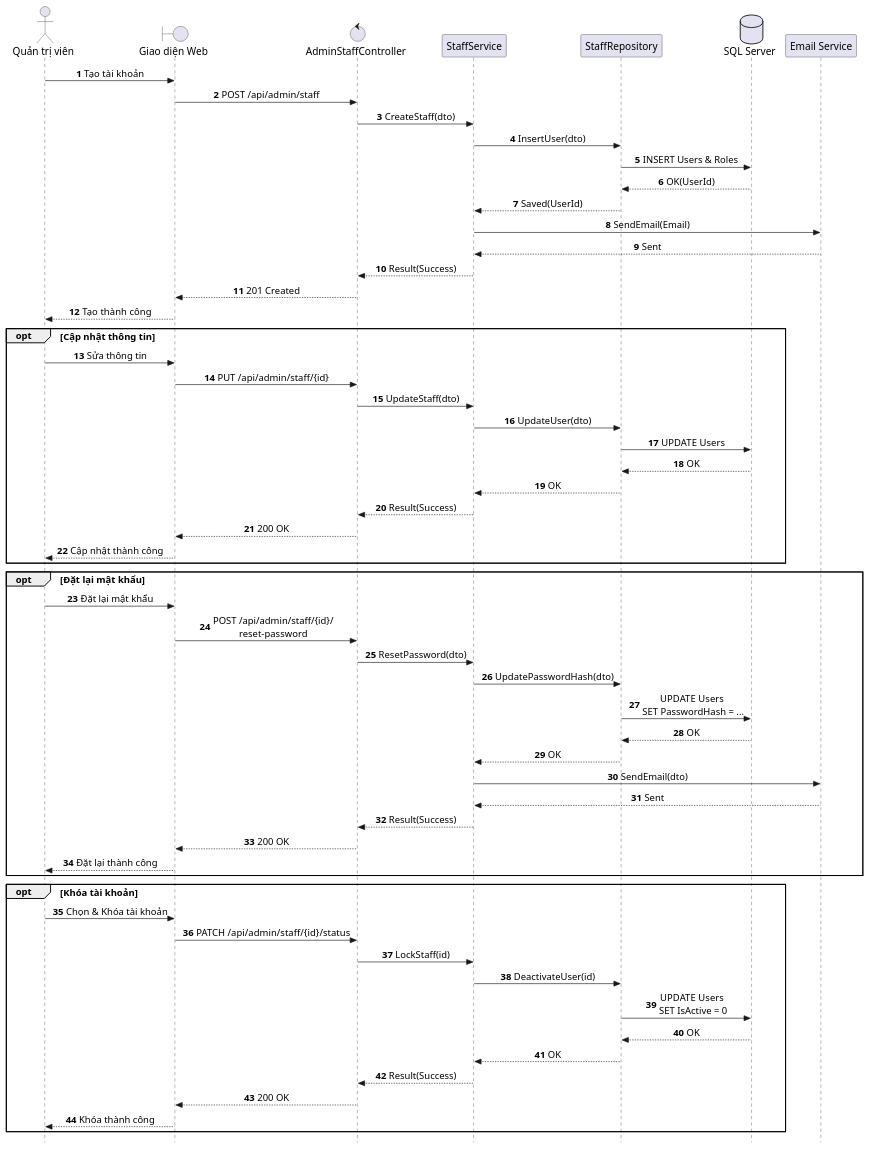
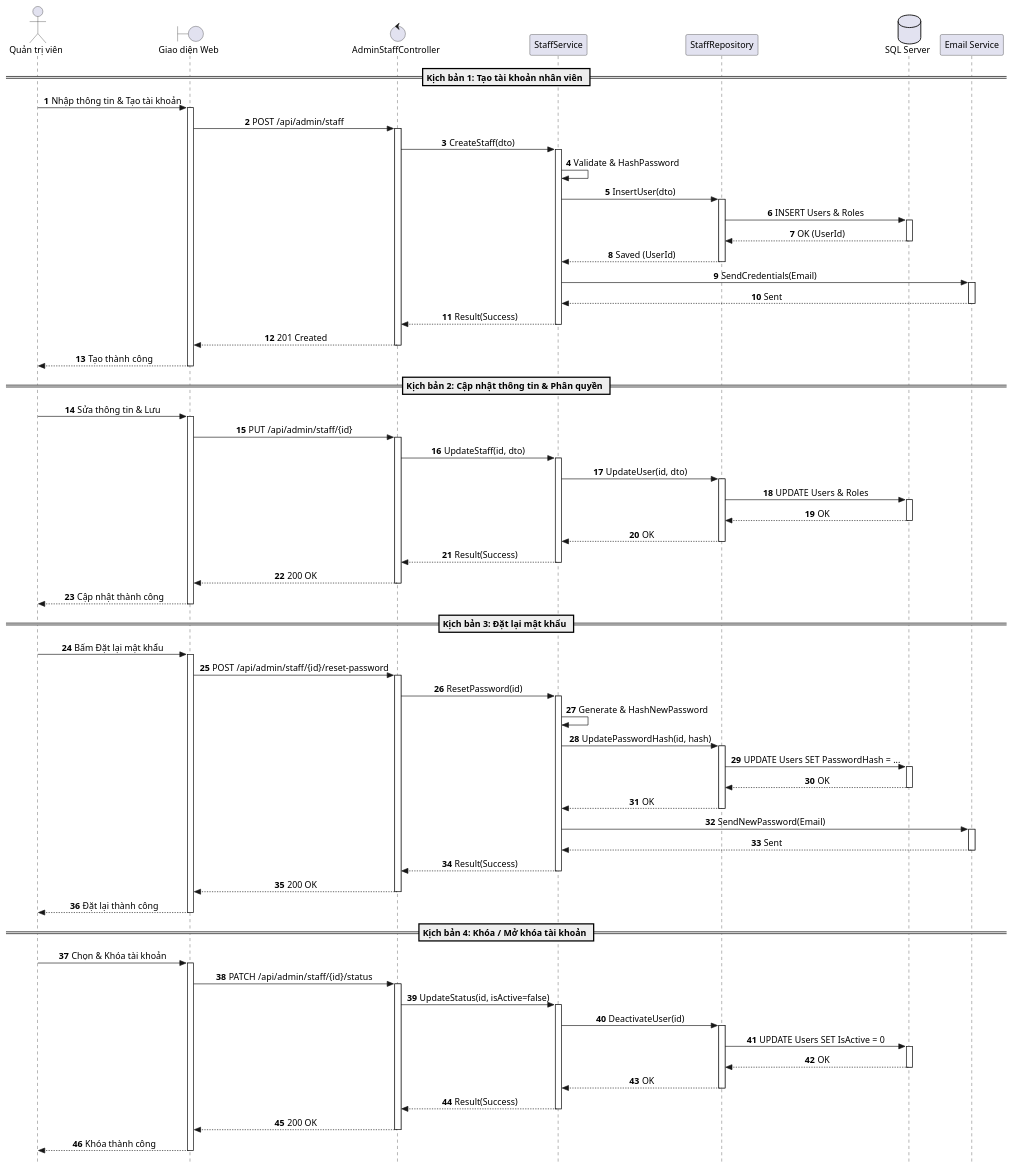
One commit to AndrewQng/VinDining changed the diagram in docs/puml/sequences/SD_UC_A4_Manage_Staff_Accounts.puml. Above: the diagram before and after it, drawn with PlantUML. The commit also changed 71 other files, not shown here.

Commit message:
Sequence 50%

```diff
--- a/docs/puml/sequences/SD_UC_A4_Manage_Staff_Accounts.puml
+++ b/docs/puml/sequences/SD_UC_A4_Manage_Staff_Accounts.puml
@@ -1,75 +1,147 @@
 @startuml SD_UC_A4_Manage_Staff_Accounts
 autonumber
 skinparam style strictuml
 skinparam sequenceMessageAlign center
 skinparam responseMessageBelowArrow true
 skinparam defaultFontName "Segoe UI", Arial, sans-serif
-skinparam defaultFontSize 16
-skinparam sequenceActorFontSize 16
-skinparam sequenceParticipantFontSize 16
-skinparam sequenceArrowFontSize 15
-skinparam sequenceGroupFontSize 15
-skinparam sequenceGroupHeaderFontSize 15
+skinparam defaultFontSize 14
 
 actor "Quản trị viên" as Admin
 boundary "Giao diện Web" as UI
 control "AdminStaffController" as Controller
 participant "StaffService" as Service
 participant "StaffRepository" as Repo
 database "SQL Server" as DB
 participant "Email Service" as MailService
 
-Admin -> UI: Tạo tài khoản
+== Kịch bản 1: Tạo tài khoản nhân viên ==
+
+Admin -> UI: Nhập thông tin & Tạo tài khoản
+activate UI
+
 UI -> Controller: POST /api/admin/staff
+activate Controller
+
 Controller -> Service: CreateStaff(dto)
+activate Service
+
+Service -> Service: Validate & HashPassword
+
 Service -> Repo: InsertUser(dto)
+activate Repo
 Repo -> DB: INSERT Users & Roles
-DB --> Repo: OK(UserId)
-Repo --> Service: Saved(UserId)
-Service -> MailService: SendEmail(Email)
+activate DB
+DB --> Repo: OK (UserId)
+deactivate DB
+Repo --> Service: Saved (UserId)
+deactivate Repo
+
+Service -> MailService: SendCredentials(Email)
+activate MailService
 MailService --> Service: Sent
+deactivate MailService
+
 Service --> Controller: Result(Success)
+deactivate Service
+
 Controller --> UI: 201 Created
+deactivate Controller
+
 UI --> Admin: Tạo thành công
+deactivate UI
 
-opt Cập nhật thông tin
-    Admin -> UI: Sửa thông tin
-    UI -> Controller: PUT /api/admin/staff/{id}
-    Controller -> Service: UpdateStaff(dto)
-    Service -> Repo: UpdateUser(dto)
-    Repo -> DB: UPDATE Users
-    DB --> Repo: OK
-    Repo --> Service: OK
-    Service --> Controller: Result(Success)
-    Controller --> UI: 200 OK
-    UI --> Admin: Cập nhật thành công
-end
+== Kịch bản 2: Cập nhật thông tin & Phân quyền ==
 
-opt Đặt lại mật khẩu
-    Admin -> UI: Đặt lại mật khẩu
-    UI -> Controller: POST /api/admin/staff/{id}/\nreset-password
-    Controller -> Service: ResetPassword(dto)
-    Service -> Repo: UpdatePasswordHash(dto)
-    Repo -> DB: UPDATE Users \nSET PasswordHash = ...
-    DB --> Repo: OK
-    Repo --> Service: OK
-    Service -> MailService: SendEmail(dto)
-    MailService --> Service: Sent
-    Service --> Controller: Result(Success)
-    Controller --> UI: 200 OK
-    UI --> Admin: Đặt lại thành công
-end
+Admin -> UI: Sửa thông tin & Lưu
+activate UI
 
-opt Khóa tài khoản
-    Admin -> UI: Chọn & Khóa tài khoản
-    UI -> Controller: PATCH /api/admin/staff/{id}/status
-    Controller -> Service: LockStaff(id)
-    Service -> Repo: DeactivateUser(id)
-    Repo -> DB: UPDATE Users \nSET IsActive = 0
-    DB --> Repo: OK
-    Repo --> Service: OK
-    Service --> Controller: Result(Success)
-    Controller --> UI: 200 OK
-    UI --> Admin: Khóa thành công
-end
+UI -> Controller: PUT /api/admin/staff/{id}
+activate Controller
+
+Controller -> Service: UpdateStaff(id, dto)
+activate Service
+
+Service -> Repo: UpdateUser(id, dto)
+activate Repo
+Repo -> DB: UPDATE Users & Roles
+activate DB
+DB --> Repo: OK
+deactivate DB
+Repo --> Service: OK
+deactivate Repo
+
+Service --> Controller: Result(Success)
+deactivate Service
+
+Controller --> UI: 200 OK
+deactivate Controller
+
+UI --> Admin: Cập nhật thành công
+deactivate UI
+
+== Kịch bản 3: Đặt lại mật khẩu ==
+
+Admin -> UI: Bấm Đặt lại mật khẩu
+activate UI
+
+UI -> Controller: POST /api/admin/staff/{id}/reset-password
+activate Controller
+
+Controller -> Service: ResetPassword(id)
+activate Service
+
+Service -> Service: Generate & HashNewPassword
+
+Service -> Repo: UpdatePasswordHash(id, hash)
+activate Repo
+Repo -> DB: UPDATE Users SET PasswordHash = ...
+activate DB
+DB --> Repo: OK
+deactivate DB
+Repo --> Service: OK
+deactivate Repo
+
+Service -> MailService: SendNewPassword(Email)
+activate MailService
+MailService --> Service: Sent
+deactivate MailService
+
+Service --> Controller: Result(Success)
+deactivate Service
+
+Controller --> UI: 200 OK
+deactivate Controller
+
+UI --> Admin: Đặt lại thành công
+deactivate UI
+
+== Kịch bản 4: Khóa / Mở khóa tài khoản ==
+
+Admin -> UI: Chọn & Khóa tài khoản
+activate UI
+
+UI -> Controller: PATCH /api/admin/staff/{id}/status
+activate Controller
+
+Controller -> Service: UpdateStatus(id, isActive=false)
+activate Service
+
+Service -> Repo: DeactivateUser(id)
+activate Repo
+Repo -> DB: UPDATE Users SET IsActive = 0
+activate DB
+DB --> Repo: OK
+deactivate DB
+Repo --> Service: OK
+deactivate Repo
+
+Service --> Controller: Result(Success)
+deactivate Service
+
+Controller --> UI: 200 OK
+deactivate Controller
+
+UI --> Admin: Khóa thành công
+deactivate UI
+
 @enduml
```
